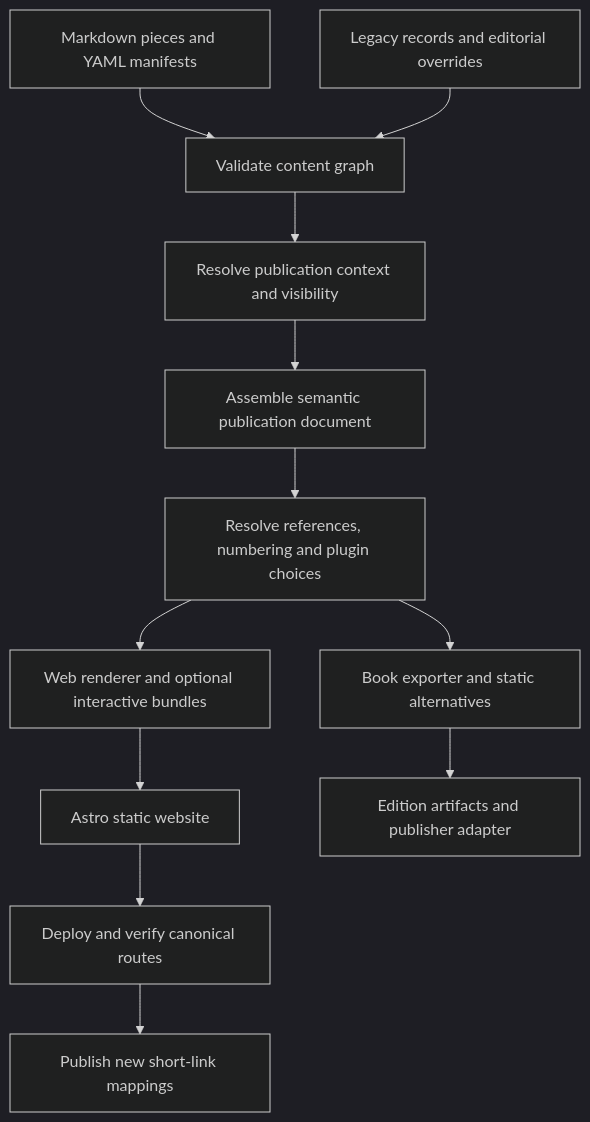
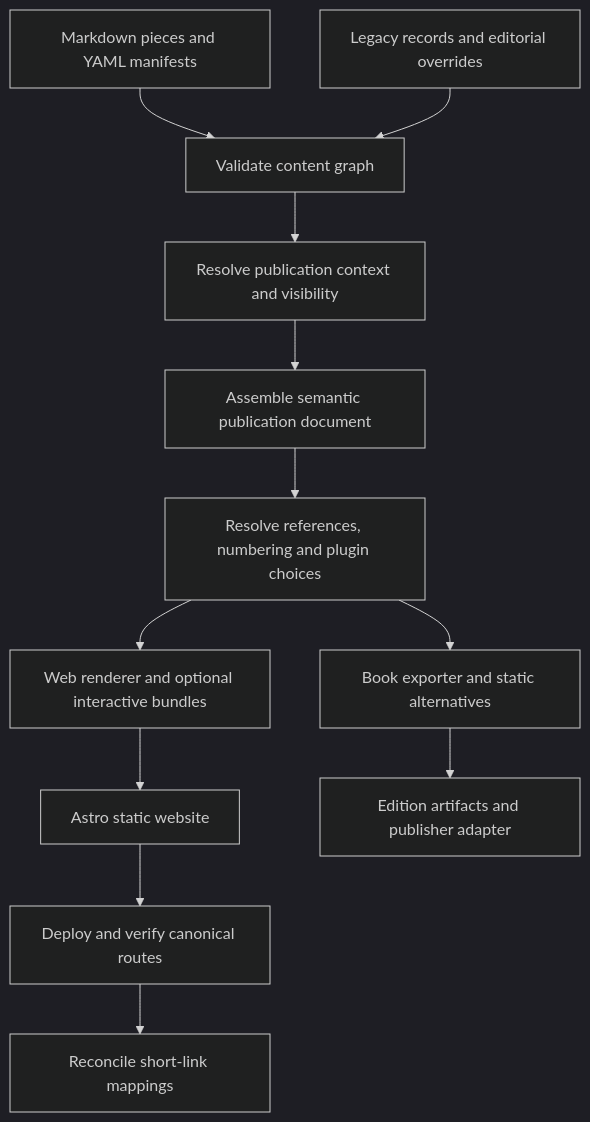
Before and after one commit to danilop/danilop-personal-page: the diagram in docs/architecture.md, drawn with Mermaid (dark theme). The commit also changed other lines of this file and 210 other files, not shown here.

````diff
--- a/docs/architecture.md
+++ b/docs/architecture.md
@@ -49,14 +49,14 @@
 ```mermaid
 flowchart TD
     A[Markdown pieces and YAML manifests] --> C[Validate content graph]
     B[Legacy records and editorial overrides] --> C
     C --> D[Resolve publication context and visibility]
     D --> E[Assemble semantic publication document]
     E --> F[Resolve references, numbering and plugin choices]
     F --> G[Web renderer and optional interactive bundles]
     F --> H[Book exporter and static alternatives]
     G --> I[Astro static website]
     H --> J[Edition artifacts and publisher adapter]
     I --> K[Deploy and verify canonical routes]
-    K --> L[Publish new short-link mappings]
+    K --> L[Reconcile short-link mappings]
 ```
````
